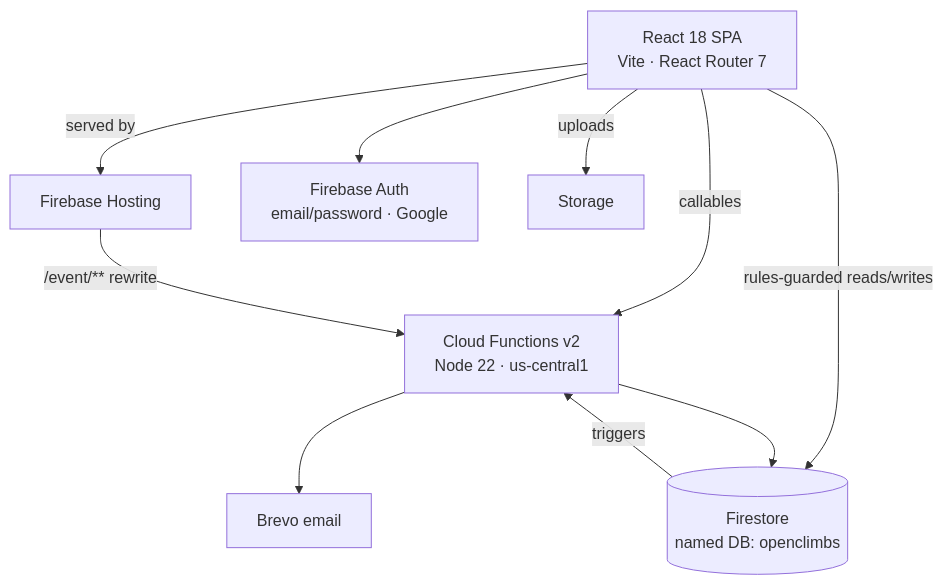
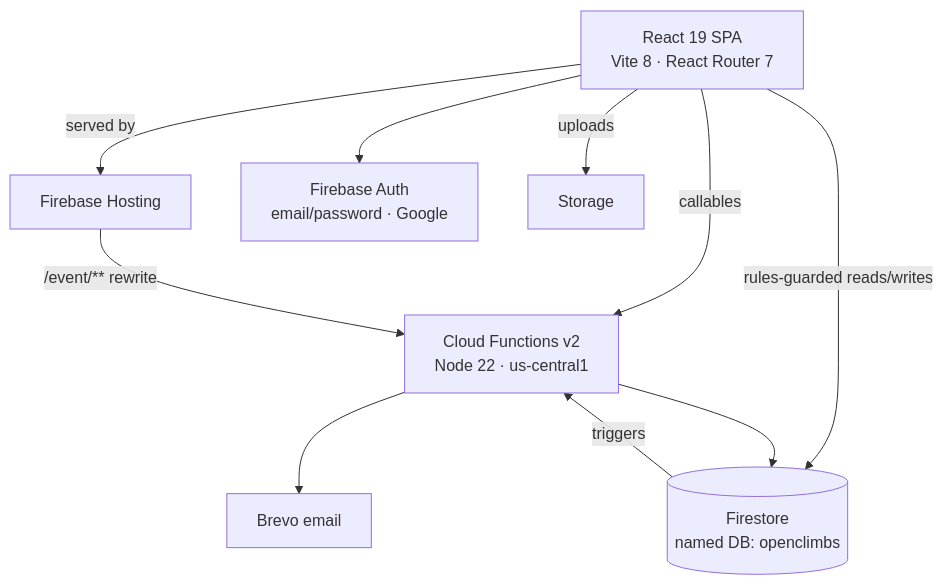
Before and after one commit to Oweeboi011/mms-open-climbs: the first of 3 diagrams in docs/guides/ARCHITECTURE.md, drawn with Mermaid. The commit also changed 38 other files, not shown here.

````diff
--- a/docs/guides/ARCHITECTURE.md
+++ b/docs/guides/ARCHITECTURE.md
@@ -9,12 +9,12 @@
 ```mermaid
 graph TB
-    SPA["React 18 SPA<br/>Vite · React Router 7"] -->|served by| FH[Firebase Hosting]
+    SPA["React 19 SPA<br/>Vite 8 · React Router 7"] -->|served by| FH[Firebase Hosting]
     SPA --> FA[Firebase Auth<br/>email/password · Google]
     SPA -->|rules-guarded reads/writes| FS[(Firestore<br/>named DB: openclimbs)]
     SPA -->|uploads| ST[Storage]
     SPA -->|callables| CF[Cloud Functions v2<br/>Node 22 · us-central1]
     FS -->|triggers| CF
     CF --> BV[Brevo email]
     CF --> FS
     FH -->|/event/** rewrite| CF
 ```
````
